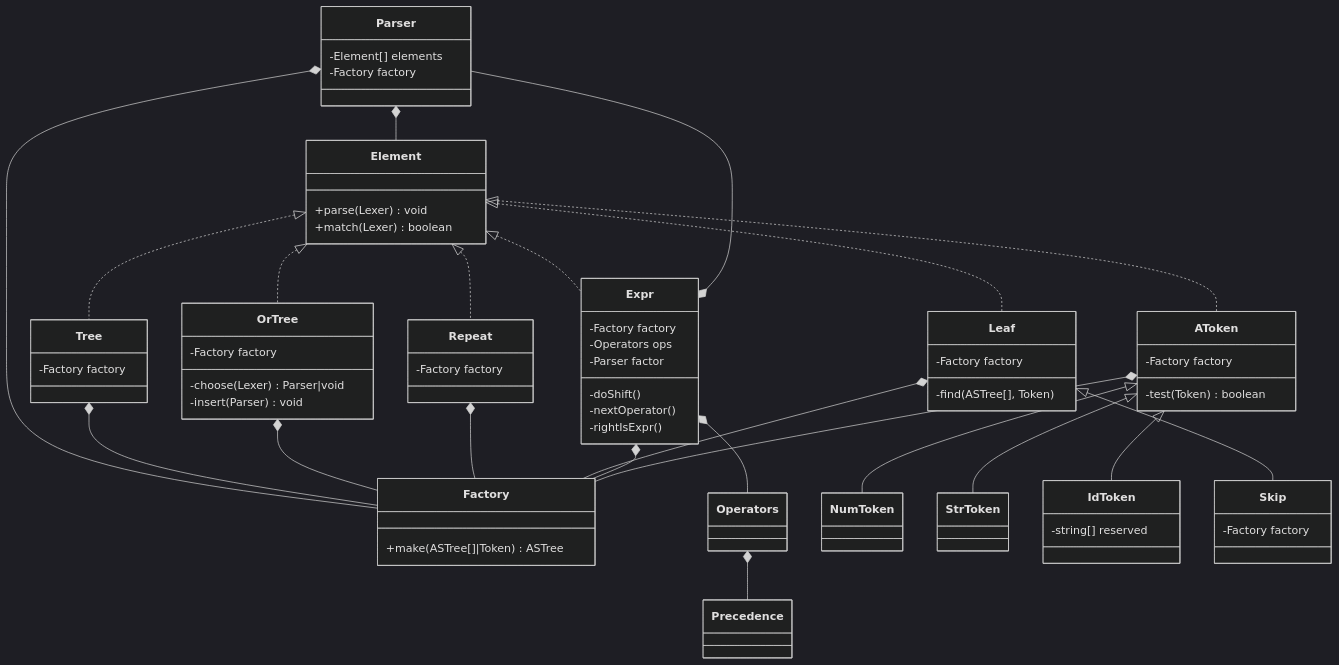
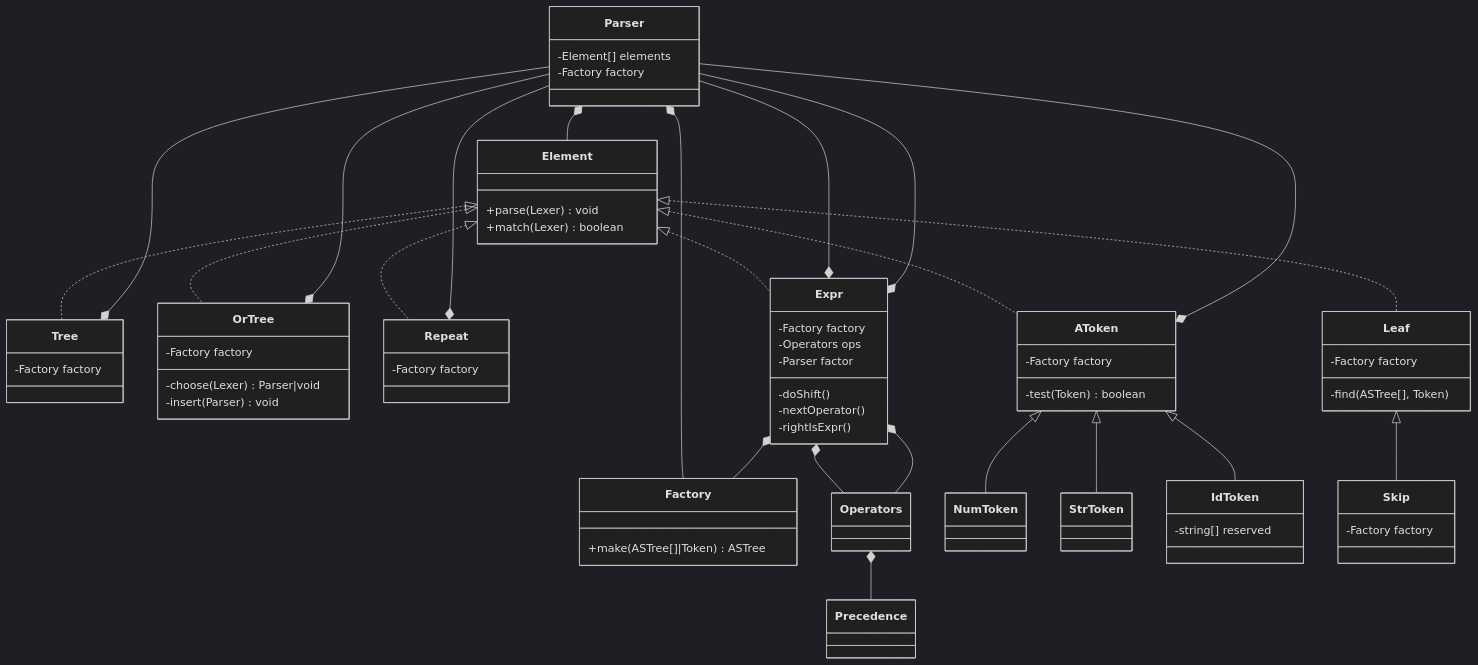
Before and after one commit to taoabc/stone-ts: the diagram in doc/parser.md, drawn with Mermaid (dark theme). The commit also changed other lines of this file and 5 other files, not shown here.

````diff
--- a/doc/parser.md
+++ b/doc/parser.md
@@ -16,69 +25,70 @@
 ```mermaid
 classDiagram
   Parser *-- Element
   Parser *-- Factory
   Element <|.. Tree
   Element <|.. OrTree
   Element <|.. Repeat
   Element <|.. AToken
   Element <|.. Leaf
   Element <|.. Expr
   Expr *-- Parser
   Expr *-- Operators
   AToken <|-- NumToken
   AToken <|-- StrToken
   AToken <|-- IdToken
   Leaf <|-- Skip
-  Tree *-- Factory
-  OrTree *-- Factory
-  Repeat *-- Factory
-  Leaf *-- Factory
+  Tree *-- Parser
+  OrTree *-- Parser
+  Repeat *-- Parser
+  AToken *-- Parser
+  Operators *-- Precedence
+  Expr *-- Parser
   Expr *-- Factory
-  AToken *-- Factory
-  Operators *-- Precedence
+  Expr *-- Operators
 
   class Parser {
     -Element[] elements
     -Factory factory
   }
   class Factory{
     +make(ASTree[]|Token) ASTree
   }
   class Element{
     +parse(Lexer)void
     +match(Lexer)boolean
   }
   class Tree {
     -Factory factory
   }
   class OrTree {
     -Factory factory
     -choose(Lexer) Parser|void
     -insert(Parser) void
   }
   class Repeat {
     -Factory factory
   }
   class Leaf {
     -Factory factory
     -find(ASTree[], Token)
   }
   class Skip {
     -Factory factory
   }
   class Expr {
     -Factory factory
     -Operators ops
     -Parser factor
     -doShift()
     -nextOperator()
     -rightIsExpr()
   }
   class AToken {
     -Factory factory
     -test(Token) boolean
   }
   class IdToken {
     -string[] reserved
   }
 ```
````
